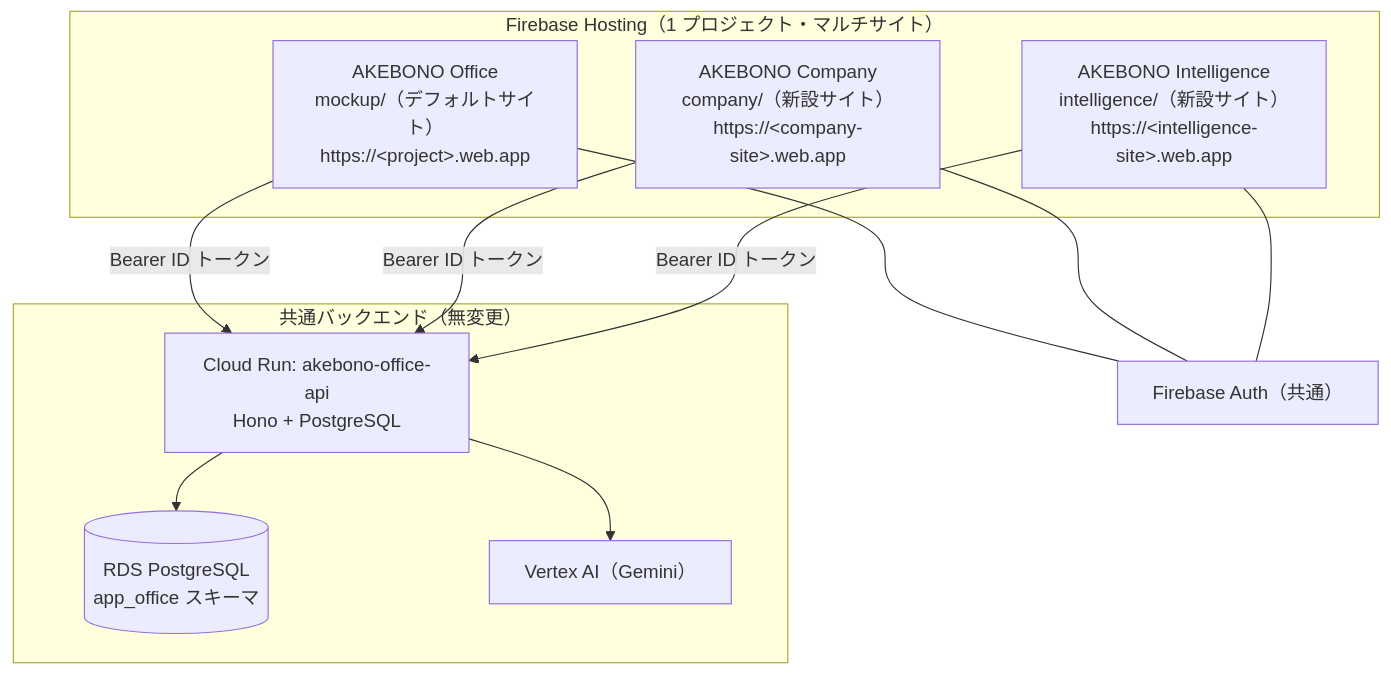
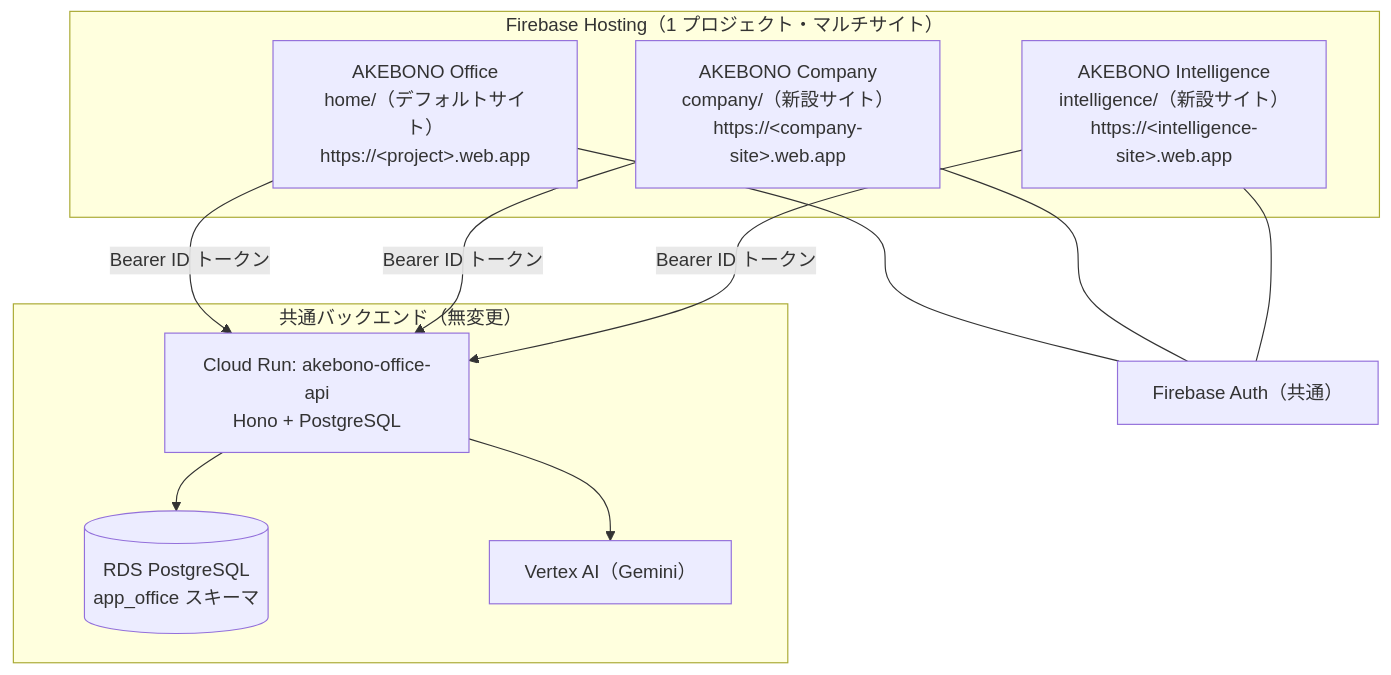
One commit to TSUNAGUBA/akebono-office changed the first of 2 diagrams in .ai-native/outputs/phase5/company-intelligence-design.md. Above: the diagram before and after it, drawn with Mermaid. The commit also changed other lines of this file and 436 other files, not shown here.

First line of the commit message:
メインフロントエンドを mockup/ から home/ へ改名（参照の網羅置換つき）

````diff
--- a/.ai-native/outputs/phase5/company-intelligence-design.md
+++ b/.ai-native/outputs/phase5/company-intelligence-design.md
@@ -9,22 +9,22 @@
 ```mermaid
 graph TB
     subgraph "Firebase Hosting（1 プロジェクト・マルチサイト）"
-        Office["AKEBONO Office<br/>mockup/（デフォルトサイト）<br/>https://&lt;project&gt;.web.app"]
+        Office["AKEBONO Office<br/>home/（デフォルトサイト）<br/>https://&lt;project&gt;.web.app"]
         Company["AKEBONO Company<br/>company/（新設サイト）<br/>https://&lt;company-site&gt;.web.app"]
         Intelligence["AKEBONO Intelligence<br/>intelligence/（新設サイト）<br/>https://&lt;intelligence-site&gt;.web.app"]
     end
     subgraph "共通バックエンド（無変更）"
         API["Cloud Run: akebono-office-api<br/>Hono + PostgreSQL"]
         DB[("RDS PostgreSQL<br/>app_office スキーマ")]
         Vertex["Vertex AI（Gemini）"]
     end
     Auth["Firebase Auth（共通）"]
     Office -->|"Bearer ID トークン"| API
     Company -->|"Bearer ID トークン"| API
     Intelligence -->|"Bearer ID トークン"| API
     Office --- Auth
     Company --- Auth
     Intelligence --- Auth
     API --> DB
     API --> Vertex
 ```
````
